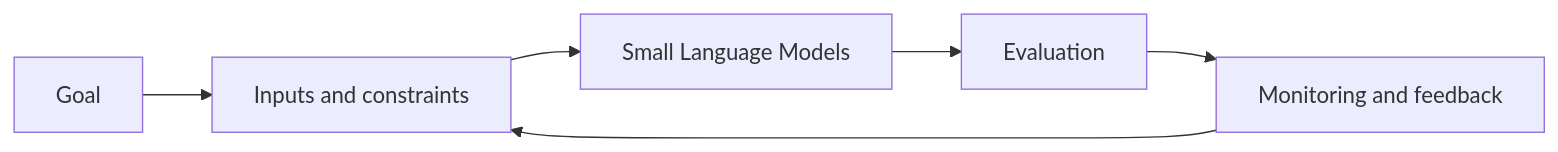
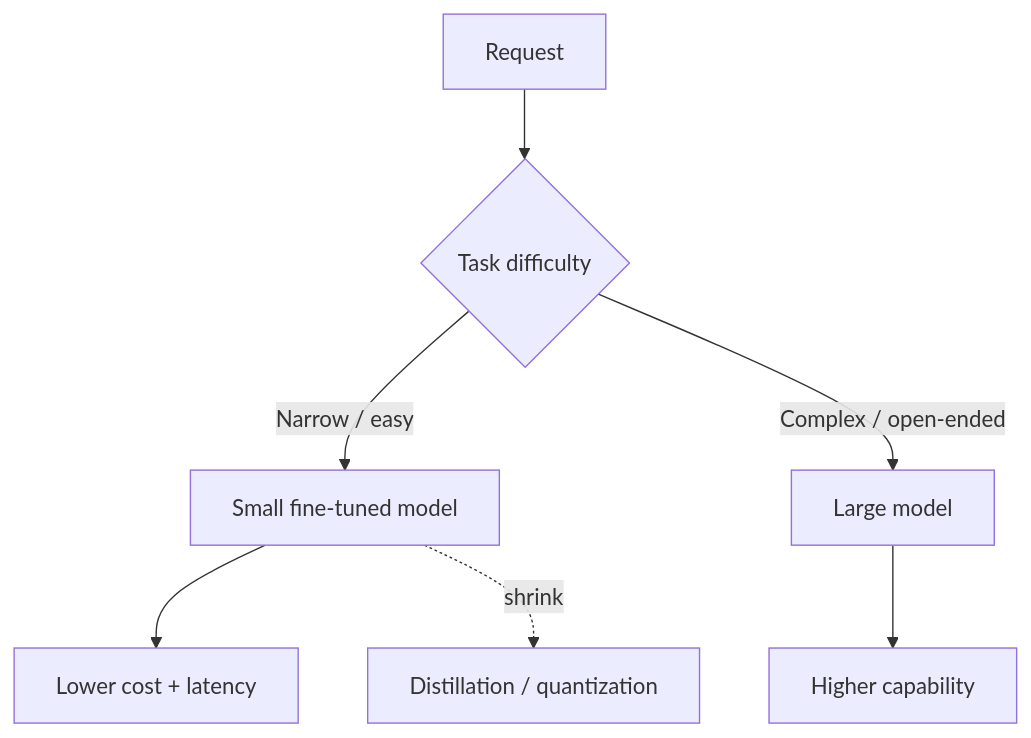
One commit to Icon1cc/Machine-Learning changed the diagram in llms/14-small-language-models.md. Above: the diagram before and after it, drawn with Mermaid. The commit also changed other lines of this file and 118 other files, not shown here.

````diff
--- a/llms/14-small-language-models.md
+++ b/llms/14-small-language-models.md
@@ -93,8 +73,9 @@
 ```mermaid
-flowchart LR
-    A[Goal] --> B[Inputs and constraints]
-    B --> C[Small Language Models]
-    C --> D[Evaluation]
-    D --> E[Monitoring and feedback]
-    E --> B
+flowchart TD
+    A[Request] --> B{Task difficulty}
+    B -- Narrow / easy --> C[Small fine-tuned model]
+    B -- Complex / open-ended --> D[Large model]
+    C --> E[Lower cost + latency]
+    D --> F[Higher capability]
+    C -. shrink .-> G[Distillation / quantization]
 ```
````
